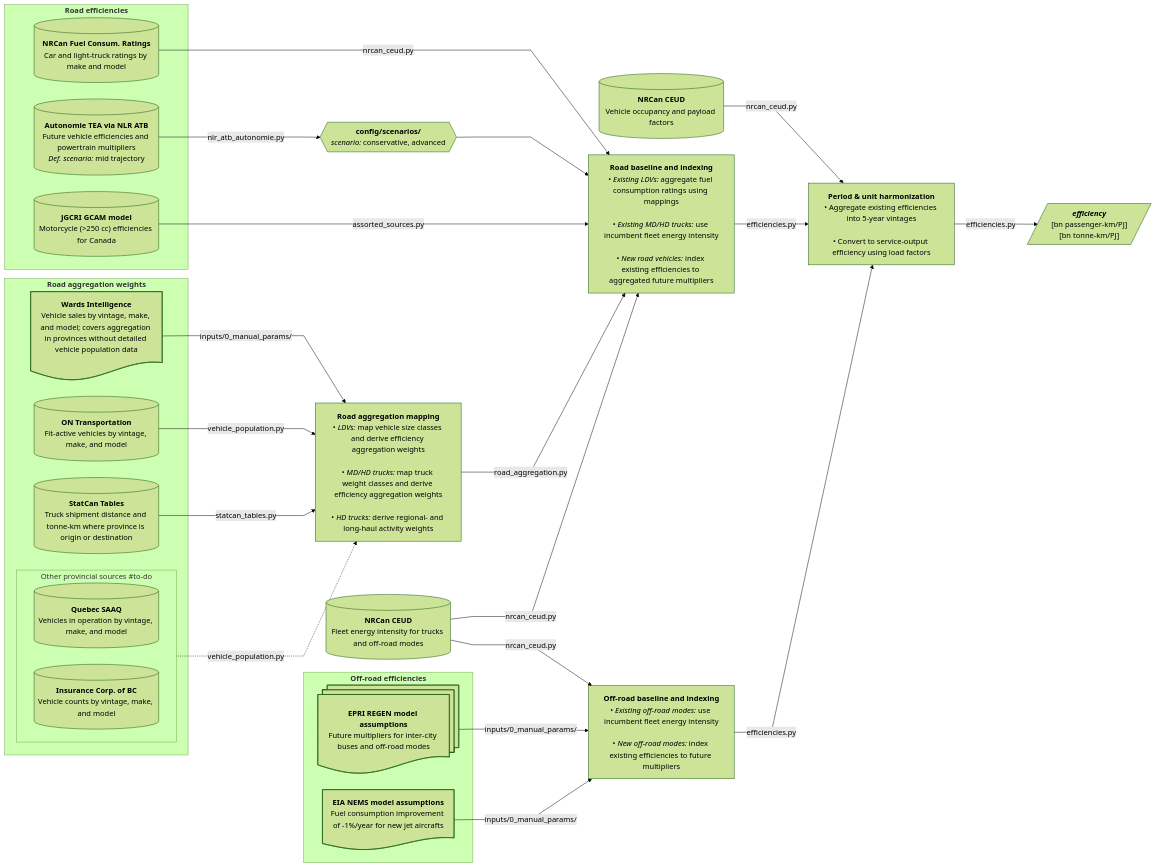
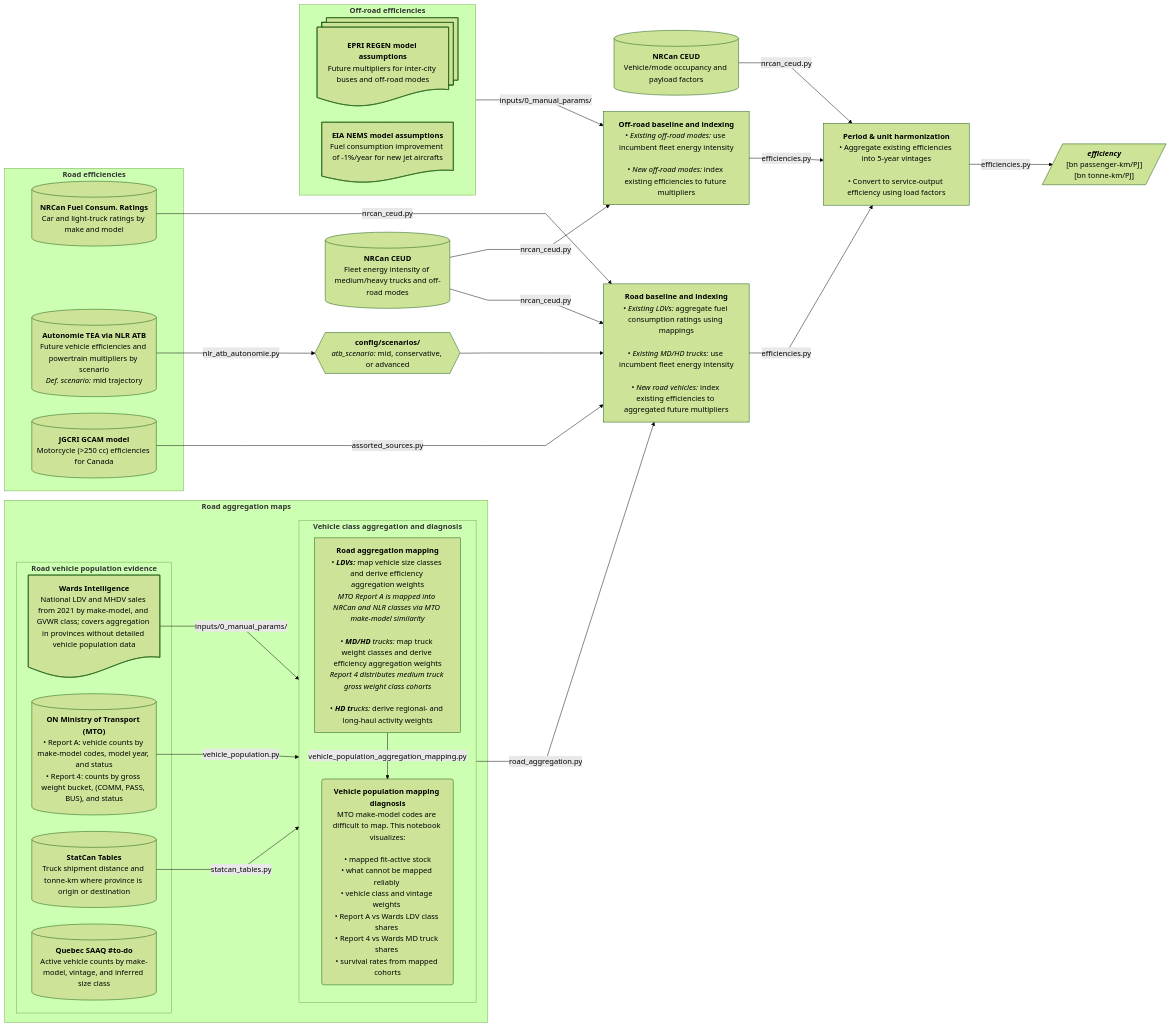
Before and after one commit to CANOE-main/canoe-transportation: the sixth of 12 diagrams in docs/etl_flowcharts.md, drawn with Mermaid (forest theme). The commit also changed other lines of this file and 23 other files, not shown here.

First line of the commit message:
Finalize transportation architecture, lifetime diagnostics, and vehicle mappings

```diff
--- a/docs/etl_flowcharts.md
+++ b/docs/etl_flowcharts.md
@@ -337,58 +363,70 @@
 ---
 flowchart LR
   %% --- Sources ---
-  subgraph agg["`**Road aggregation weights**`"]
-	  s3@{shape: doc, label: "**Wards Intelligence**<br>Vehicle sales by vintage, make, and model; covers aggregation in provinces without detailed vehicle population data"}
-	  s4[("`**ON Transportation**<br>Fit-active vehicles by vintage, make, and model`")]
+  subgraph road_agg["`**Road aggregation maps**`"]
+  subgraph agg["`**Road vehicle population evidence**`"]
+	  s3@{shape: doc, label: "**Wards Intelligence**<br>National LDV and MHDV sales from 2021 by make-model, and GVWR class; covers aggregation in provinces without detailed vehicle population data"}
+	  s4[("`**ON Ministry of Transport (MTO)**<br>• Report A: vehicle counts by make-model codes, model year, and status<br>• Report 4: counts by gross weight bucket, (COMM, PASS, BUS), and status`")]
 	  s10[("`**StatCan Tables**<br>Truck shipment distance and tonne-km where province is origin or destination`")]
-	  subgraph expansion["`Other provincial sources #to-do`"]
-      direction LR
-	    s5[("`**Quebec SAAQ**<br>Vehicles in operation by vintage, make, and model`")]
-	    s6[("`**Insurance Corp. of BC**<br>Vehicle counts by vintage, make, and model`")]
-	  end
+    s5[("`**Quebec SAAQ #to-do**<br>Active vehicle counts by make-model, vintage, and inferred size class`")]
   end
+  subgraph aggregation["`**Vehicle class aggregation and diagnosis**`"]
+  direction TB
+    p0["`**Road aggregation mapping**
+    • ***LDVs:*** map vehicle size classes and derive efficiency aggregation weights
+    *MTO Report A is mapped into NRCan and NLR classes via MTO make-model similarity*<br>
+    • ***MD/HD** trucks:* map truck weight classes and derive efficiency aggregation weights
+    *Report 4 distributes medium truck gross weight class cohorts*<br>
+    • ***HD tr**ucks:* derive regional- and long-haul activity weights`"]
+    p0_2("`**Vehicle population mapping diagnosis**`"
+    MTO make-model codes are difficult to map. This notebook visualizes:<br>
+    • mapped fit-active stock
+    • what cannot be mapped reliably 
+    • vehicle class and vintage weights 
+    • Report A vs Wards LDV class shares 
+    • Report 4 vs Wards MD truck shares 
+    • survival rates from mapped cohorts)
+    p0 -- vehicle_population_aggregation_mapping.py --> p0_2
+  end
+	s3 -- inputs/0_manual_params/ --> aggregation
+  s4 -- vehicle_population.py --> aggregation
+  s10 -- statcan_tables.py --> aggregation
+  end
+
   subgraph road["`**Road efficiencies**`"]
 	  s1[("`**NRCan Fuel Consum. Ratings**<br>Car and light-truck ratings by make and model`")]
-	  s2[("`**Autonomie TEA via NLR ATB**<br>Future vehicle efficiencies and powertrain multipliers<br>*Def. scenario:* mid trajectory`")]
+	  s2[("`**Autonomie TEA via NLR ATB**<br>Future vehicle efficiencies and powertrain multipliers by scenario<br>*Def. scenario:* mid trajectory`")]
 	  s2_2[("`**JGCRI GCAM model**<br>Motorcycle (>250 cc) efficiencies for Canada`")]
   end
+  
   subgraph off["`**Off-road efficiencies**`"]
+  direction LR
 	  s7@{shape: docs, label: "**EPRI REGEN model assumptions**<br>Future multipliers for inter-city buses and off-road modes"}
 	  s8@{shape: doc, label: "**EIA NEMS model assumptions**<br>Fuel consumption improvement of -1%/year for new jet aircrafts"}
   end
-  s0[("`**NRCan CEUD**<br>Fleet energy intensity for trucks and off-road modes`")]
-  s9[("`**NRCan CEUD**<br>Vehicle occupancy and payload factors`")]
+  
+  s0[("`**NRCan CEUD**<br>Fleet energy intensity of medium/heavy trucks and off-road modes`")]
+  s9[("`**NRCan CEUD**<br>Vehicle/mode occupancy and payload factors`")]
 
   %% --- Processes ---
-  p0["`**Road aggregation mapping**<br>• *LDVs:* map vehicle size classes and derive efficiency aggregation weights<br><br>• *MD/HD trucks:* map truck weight classes and derive efficiency aggregation weights<br><br>• *HD trucks:* derive regional- and long-haul activity weights`"]
-	s3 -- inputs/0_manual_params/ --> p0
-  s4 -- vehicle_population.py --> p0
-  expansion -. "vehicle_population.py" .-> p0
-  s10 -- statcan_tables.py --> p0
-  
-  p0_2@{shape: hex, label: "**config/scenarios/**<br>*scenario:* conservative, advanced"}
+  s0 -- nrcan_ceud.py --> p3 & p2
+
+  p2_2@{shape: hex, label: "**config/scenarios/**<br>*atb_scenario:* mid, conservative, or advanced"}
   p2["`**Road baseline and indexing**<br>• *Existing LDVs:* aggregate fuel consumption ratings using mappings<br><br>• *Existing MD/HD trucks:* use incumbent fleet energy intensity<br><br>• *New road vehicles:* index existing efficiencies to aggregated future multipliers`"]
   s1 -- nrcan_ceud.py --> p2
-  s2 -- nlr_atb_autonomie.py --> p0_2 --> p2
+  s2 -- nlr_atb_autonomie.py --> p2_2 --> p2
   s2_2 -- assorted_sources.py --> p2
-  p0 -- road_aggregation.py --> p2
-
-  s0 -- nrcan_ceud.py --> p2 & p3
+  aggregation -- road_aggregation.py --> p2
+  
+  p3["`**Off-road baseline and indexing**<br>• *Existing off-road modes:* use incumbent fleet energy intensity<br><br>• *New off-road modes:* index existing efficiencies to future multipliers`"]
+  off -- inputs/0_manual_params/ --> p3
+    
+  p4["`**Period & unit harmonization**<br>• Aggregate existing efficiencies into 5-year vintages<br><br>• Convert to service-output efficiency using load factors`"]
   s9 -- nrcan_ceud.py --> p4
-
-  p3["`**Off-road baseline and indexing**<br>• *Existing off-road modes:* use incumbent fleet energy intensity<br><br>• *New off-road modes:* index existing efficiencies to future multipliers`"]
-  s7 -- inputs/0_manual_params/ --> p3
-  s8 -- inputs/0_manual_params/ --> p3
-
-
-  p4["`**Period & unit harmonization**<br>• Aggregate existing efficiencies into 5-year vintages<br><br>• Convert to service-output efficiency using load factors`"]
   p2 -- efficiencies.py --> p4
-  p3 -- efficiencies.py --> p4
-
-  p4 -- efficiencies.py --> o1[/"`***efficiency***<br>[bn passenger-km/PJ]<br>[bn tonne-km/PJ]`"/]
-
+  p3 -- efficiencies.py --> p4 -- efficiencies.py --> o1[/"`***efficiency***<br>[bn passenger-km/PJ]<br>[bn tonne-km/PJ]`"/]
+  
   %% --- Hyperlinks ---
-  click s6 "https://public.tableau.com/app/profile/icbc/viz/VehiclePopulationIntroPage/VehiclePopulationData"
   click s5 "https://www.donneesquebec.ca/recherche/dataset/vehicules-en-circulation"
   click s4 "https://data.ontario.ca/dataset/vehicle-population-data"
   click s9 "https://oee.nrcan.gc.ca/corporate/statistics/neud/dpa/menus/trends/comprehensive_tables/list.cfm"
```
